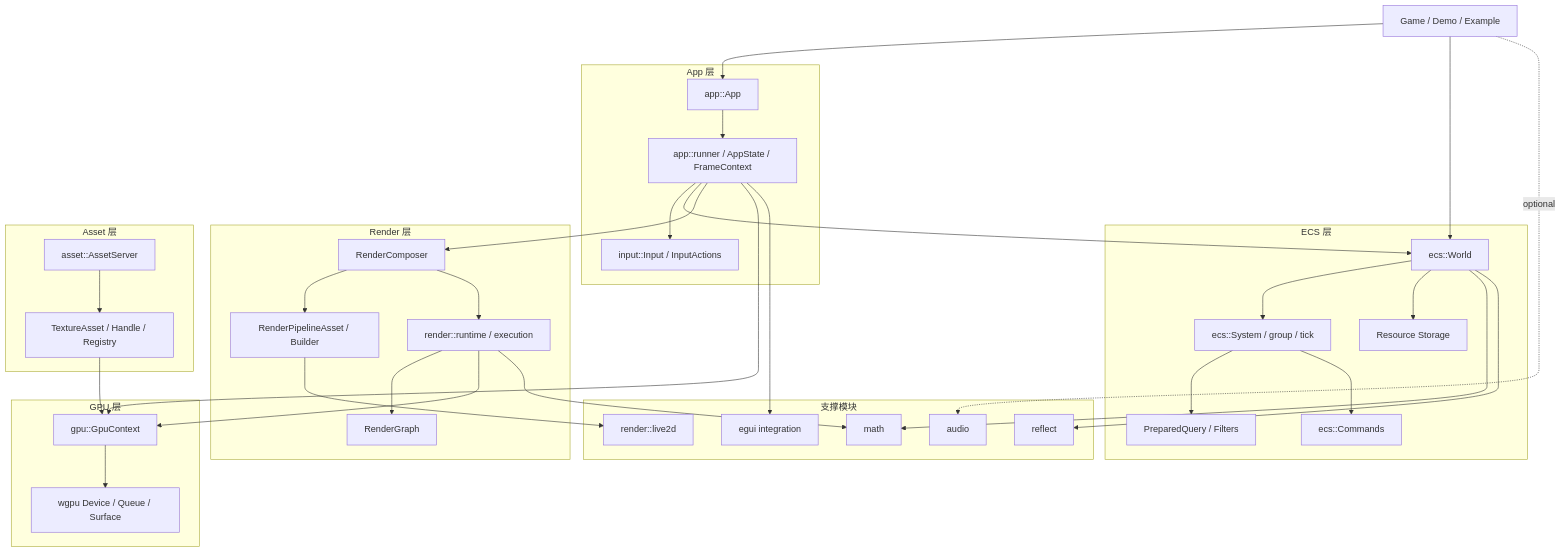
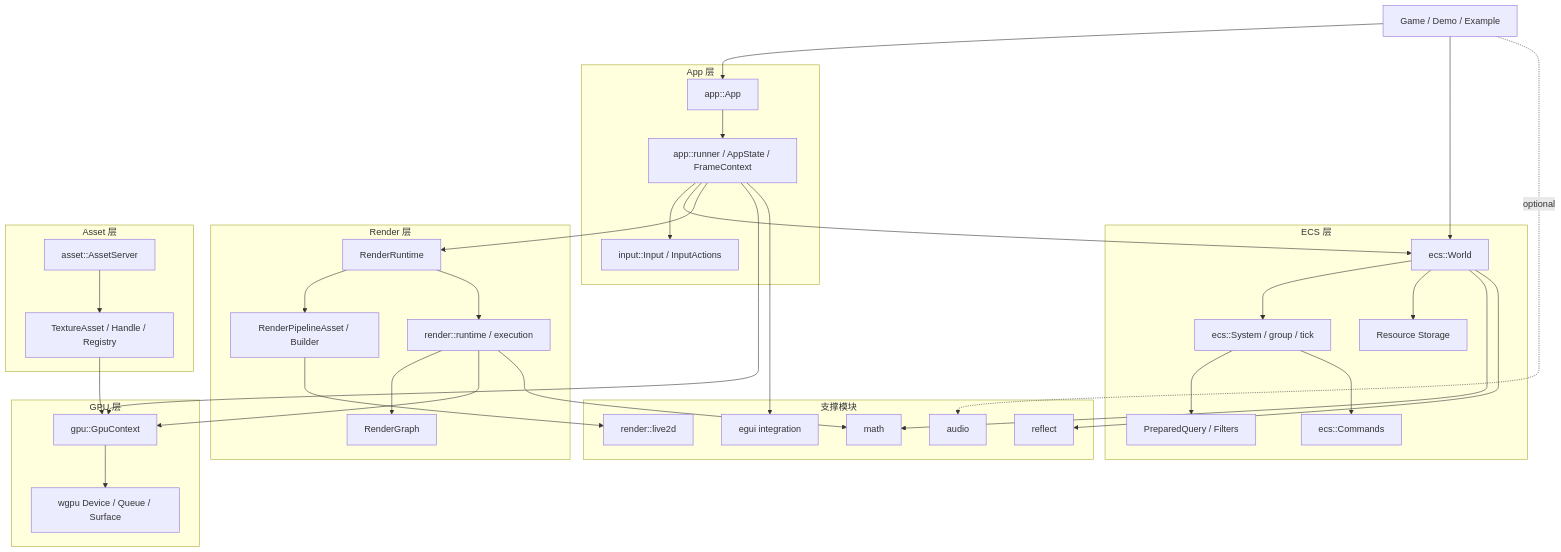
Before and after one commit to jz315/SkyEngine: the first of 6 diagrams in docs/architecture/architecture.md, drawn with Mermaid. The commit also changed other lines of this file and 235 other files, not shown here.

Commit message:
Reorganize render pipeline modules

````diff
--- a/docs/architecture/architecture.md
+++ b/docs/architecture/architecture.md
@@ -157,74 +157,74 @@
 ```mermaid
 flowchart TB
     User[Game / Demo / Example]
 
     subgraph AppLayer[App 层]
         App[app::App]
         Runner[app::runner / AppState / FrameContext]
         Input[input::Input / InputActions]
     end
 
     subgraph ECSLayer[ECS 层]
         World[ecs::World]
         Systems[ecs::System / group / tick]
         Queries[PreparedQuery / Filters]
         Commands[ecs::Commands]
         Resources[Resource Storage]
     end
 
     subgraph RenderLayer[Render 层]
-        Composer[RenderComposer]
+        RenderRt[RenderRuntime]
         Pipeline[RenderPipelineAsset / Builder]
         Runtime[render::runtime / execution]
         Graph[RenderGraph]
     end
 
     subgraph GPULayer[GPU 层]
         GPU[gpu::GpuContext]
         WGPU[wgpu Device / Queue / Surface]
     end
 
     subgraph AssetLayer[Asset 层]
         AssetServer[asset::AssetServer]
         AssetTypes[TextureAsset / Handle / Registry]
     end
 
     subgraph SupportLayer[支撑模块]
         Math[math]
         Reflect[reflect]
         Live2D[render::live2d]
         Audio[audio]
         Egui[egui integration]
     end
 
     User --> App
     User --> World
 
     App --> Runner
     Runner --> Input
     Runner --> World
-    Runner --> Composer
+    Runner --> RenderRt
     Runner --> GPU
 
     World --> Systems
     Systems --> Queries
     Systems --> Commands
     World --> Resources
 
-    Composer --> Pipeline
-    Composer --> Runtime
+    RenderRt --> Pipeline
+    RenderRt --> Runtime
     Runtime --> Graph
     Runtime --> GPU
 
     GPU --> WGPU
 
     AssetServer --> AssetTypes
     AssetTypes --> GPU
 
     World --> Math
     Runtime --> Math
     World --> Reflect
     Pipeline --> Live2D
     Runner --> Egui
     User -. optional .-> Audio
 ```
````
